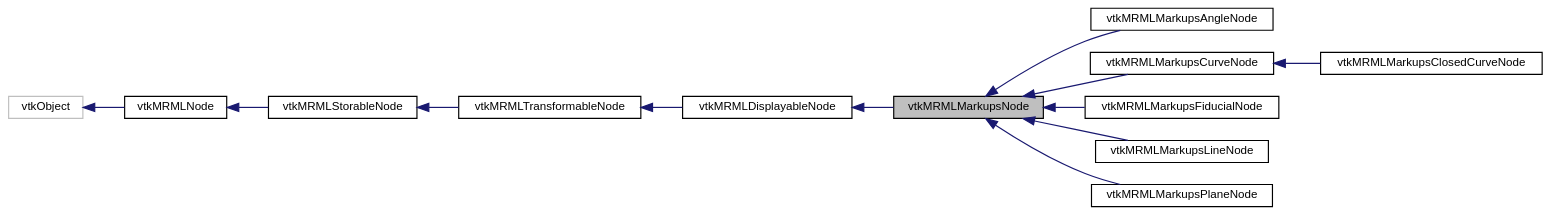
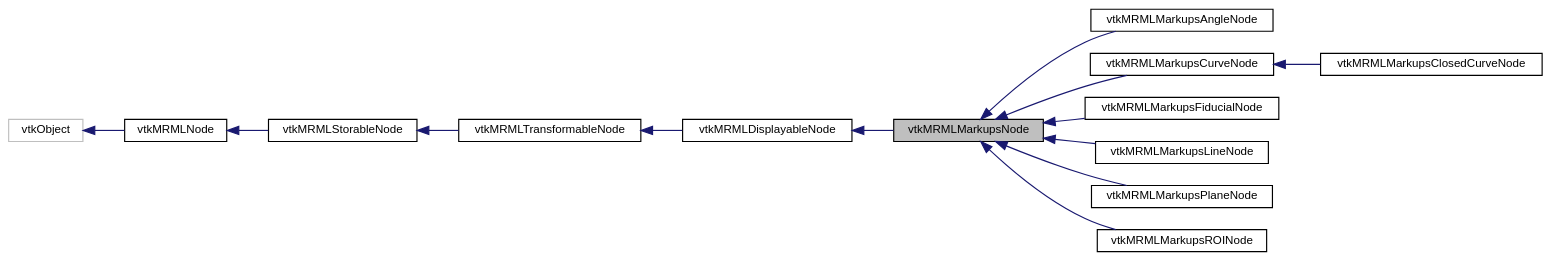
One commit to jamesobutler/apidocs.slicer.org changed the diagram in master/classvtkMRMLMarkupsNode__inherit__graph.dot. Above: the diagram before and after it, drawn with Graphviz. The commit also changed 5000 other files, not shown here.

```diff
--- a/master/classvtkMRMLMarkupsNode__inherit__graph.dot
+++ b/master/classvtkMRMLMarkupsNode__inherit__graph.dot
@@ -1,30 +1,32 @@
 digraph "vtkMRMLMarkupsNode"
 {
   bgcolor="transparent";
   edge [fontname="Helvetica",fontsize="10",labelfontname="Helvetica",labelfontsize="10"];
   node [fontname="Helvetica",fontsize="10",shape=record];
   rankdir="LR";
   Node0 [label="vtkMRMLMarkupsNode",height=0.2,width=0.4,color="black", fillcolor="grey75", style="filled", fontcolor="black"];
   Node1 -> Node0 [dir="back",color="midnightblue",fontsize="10",style="solid",fontname="Helvetica"];
   Node1 [label="vtkMRMLDisplayableNode",height=0.2,width=0.4,color="black",URL="$classvtkMRMLDisplayableNode.html"];
   Node2 -> Node1 [dir="back",color="midnightblue",fontsize="10",style="solid",fontname="Helvetica"];
   Node2 [label="vtkMRMLTransformableNode",height=0.2,width=0.4,color="black",URL="$classvtkMRMLTransformableNode.html",tooltip="MRML node for representing a node with a transform. "];
   Node3 -> Node2 [dir="back",color="midnightblue",fontsize="10",style="solid",fontname="Helvetica"];
   Node3 [label="vtkMRMLStorableNode",height=0.2,width=0.4,color="black",URL="$classvtkMRMLStorableNode.html",tooltip="MRML node to represent a 3D surface model. "];
   Node4 -> Node3 [dir="back",color="midnightblue",fontsize="10",style="solid",fontname="Helvetica"];
   Node4 [label="vtkMRMLNode",height=0.2,width=0.4,color="black",URL="$classvtkMRMLNode.html",tooltip="Abstract Superclass for all specific types of MRML nodes. "];
   Node5 -> Node4 [dir="back",color="midnightblue",fontsize="10",style="solid",fontname="Helvetica"];
   Node5 [label="vtkObject",height=0.2,width=0.4,color="grey75"];
   Node0 -> Node6 [dir="back",color="midnightblue",fontsize="10",style="solid",fontname="Helvetica"];
   Node6 [label="vtkMRMLMarkupsAngleNode",height=0.2,width=0.4,color="black",URL="$classvtkMRMLMarkupsAngleNode.html",tooltip="MRML node to represent an angle markup Angle Markups nodes contain three control points. Visualization parameters are set in the vtkMRMLMarkupsDisplayNode class. "];
   Node0 -> Node7 [dir="back",color="midnightblue",fontsize="10",style="solid",fontname="Helvetica"];
   Node7 [label="vtkMRMLMarkupsCurveNode",height=0.2,width=0.4,color="black",URL="$classvtkMRMLMarkupsCurveNode.html",tooltip="MRML node to represent a curve markup Curve Markups nodes contain N control points. Visualization parameters are set in the vtkMRMLMarkupsDisplayNode class. "];
   Node7 -> Node8 [dir="back",color="midnightblue",fontsize="10",style="solid",fontname="Helvetica"];
   Node8 [label="vtkMRMLMarkupsClosedCurveNode",height=0.2,width=0.4,color="black",URL="$classvtkMRMLMarkupsClosedCurveNode.html",tooltip="MRML node to represent a closed curve markup Closed Curve Markups nodes contain N control points..."];
   Node0 -> Node9 [dir="back",color="midnightblue",fontsize="10",style="solid",fontname="Helvetica"];
   Node9 [label="vtkMRMLMarkupsFiducialNode",height=0.2,width=0.4,color="black",URL="$classvtkMRMLMarkupsFiducialNode.html",tooltip="MRML node to represent a fiducial markup Fiducial Markups nodes contain a list of control points..."];
   Node0 -> Node10 [dir="back",color="midnightblue",fontsize="10",style="solid",fontname="Helvetica"];
   Node10 [label="vtkMRMLMarkupsLineNode",height=0.2,width=0.4,color="black",URL="$classvtkMRMLMarkupsLineNode.html",tooltip="MRML node to represent a line markup Line Markups nodes contain two control points. Visualization parameters are set in the vtkMRMLMarkupsDisplayNode class. "];
   Node0 -> Node11 [dir="back",color="midnightblue",fontsize="10",style="solid",fontname="Helvetica"];
   Node11 [label="vtkMRMLMarkupsPlaneNode",height=0.2,width=0.4,color="black",URL="$classvtkMRMLMarkupsPlaneNode.html",tooltip="MRML node to represent a plane markup Plane Markups nodes contain three control points. Visualization parameters are set in the vtkMRMLMarkupsDisplayNode class. "];
+  Node0 -> Node12 [dir="back",color="midnightblue",fontsize="10",style="solid",fontname="Helvetica"];
+  Node12 [label="vtkMRMLMarkupsROINode",height=0.2,width=0.4,color="black",URL="$classvtkMRMLMarkupsROINode.html",tooltip="MRML node to represent an ROI markup. "];
 }
```
